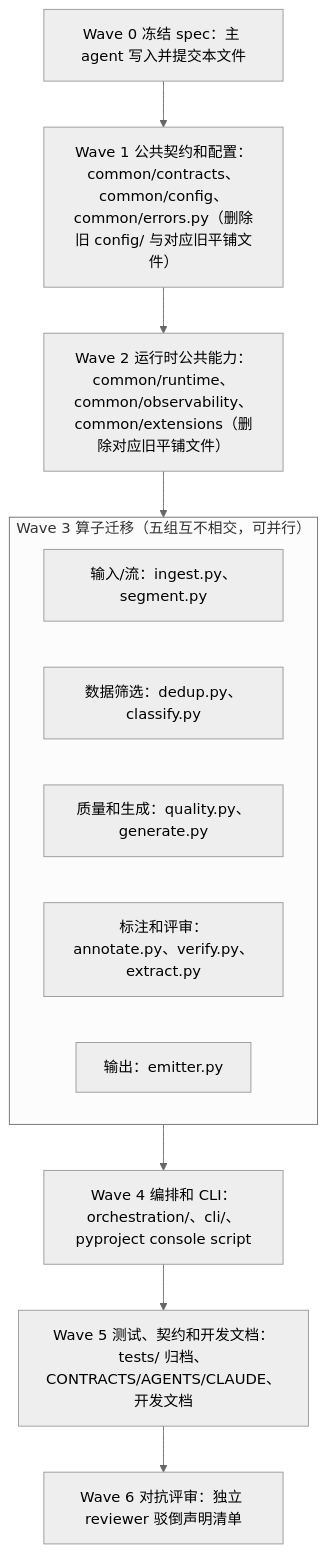
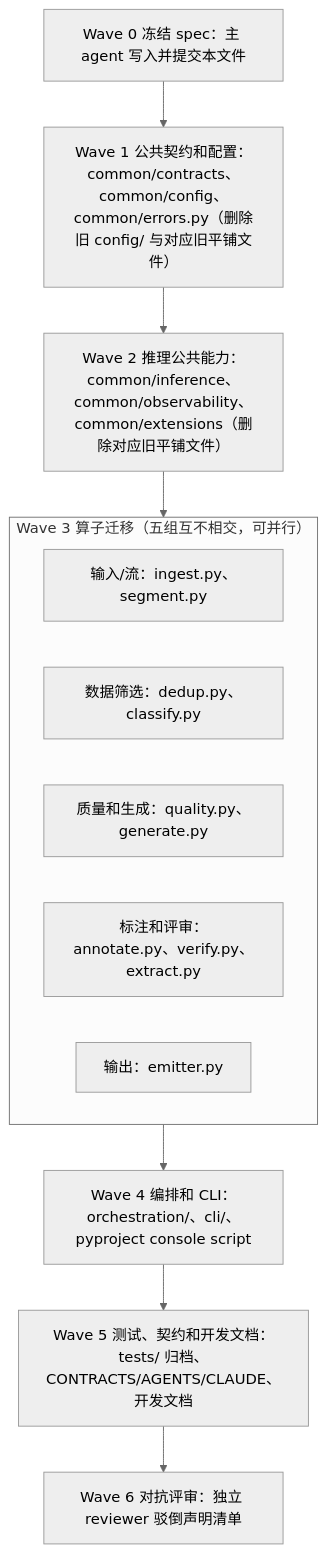
Before and after one commit to HoldThatThgt/LabelKit: the diagram in docs/dev/SPEC-package-layer-reorganization.md, drawn with Mermaid (neutral theme). The commit also changed other lines of this file and 139 other files, not shown here.

````diff
--- a/docs/dev/SPEC-package-layer-reorganization.md
+++ b/docs/dev/SPEC-package-layer-reorganization.md
@@ -300,17 +300,17 @@
 ```mermaid
 flowchart TD
     W0["Wave 0 冻结 spec：主 agent 写入并提交本文件"]
     W1["Wave 1 公共契约和配置：common/contracts、common/config、common/errors.py（删除旧 config/ 与对应旧平铺文件）"]
-    W2["Wave 2 运行时公共能力：common/runtime、common/observability、common/extensions（删除对应旧平铺文件）"]
+    W2["Wave 2 推理公共能力：common/inference、common/observability、common/extensions（删除对应旧平铺文件）"]
     subgraph W3["Wave 3 算子迁移（五组互不相交，可并行）"]
         G1["输入/流：ingest.py、segment.py"]
         G2["数据筛选：dedup.py、classify.py"]
         G3["质量和生成：quality.py、generate.py"]
         G4["标注和评审：annotate.py、verify.py、extract.py"]
         G5["输出：emitter.py"]
     end
     W4["Wave 4 编排和 CLI：orchestration/、cli/、pyproject console script"]
     W5["Wave 5 测试、契约和开发文档：tests/ 归档、CONTRACTS/AGENTS/CLAUDE、开发文档"]
     W6["Wave 6 对抗评审：独立 reviewer 驳倒声明清单"]
     W0 --> W1 --> W2 --> W3 --> W4 --> W5 --> W6
 ```
````
